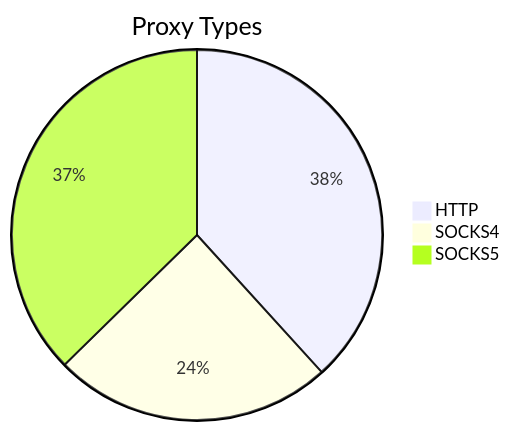
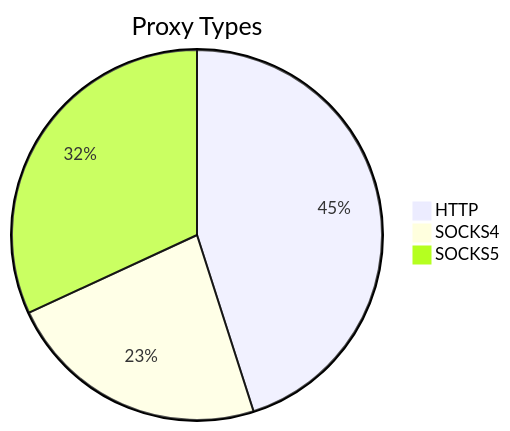
Before and after one commit to stormsia/proxy-list: the first of 2 diagrams in README.md, drawn with Mermaid. The commit also changed other lines of this file, not shown here.

````diff
--- a/README.md
+++ b/README.md
@@ -21,6 +21,6 @@
 ```mermaid
 pie title Proxy Types
-    "HTTP" : 210
-    "SOCKS4" : 134
-    "SOCKS5" : 205
+    "HTTP" : 260
+    "SOCKS4" : 133
+    "SOCKS5" : 184
 ```
````
